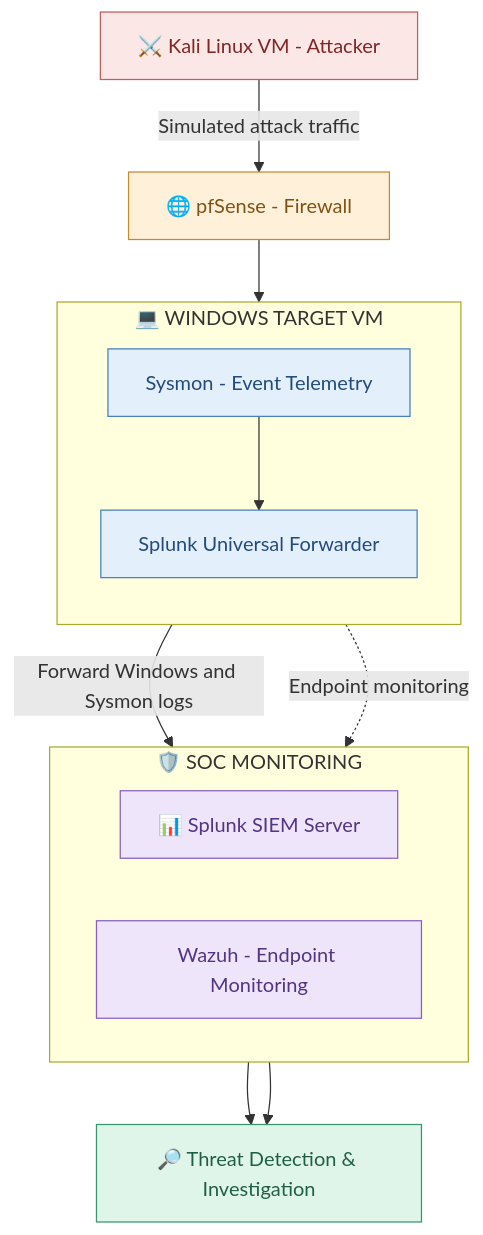
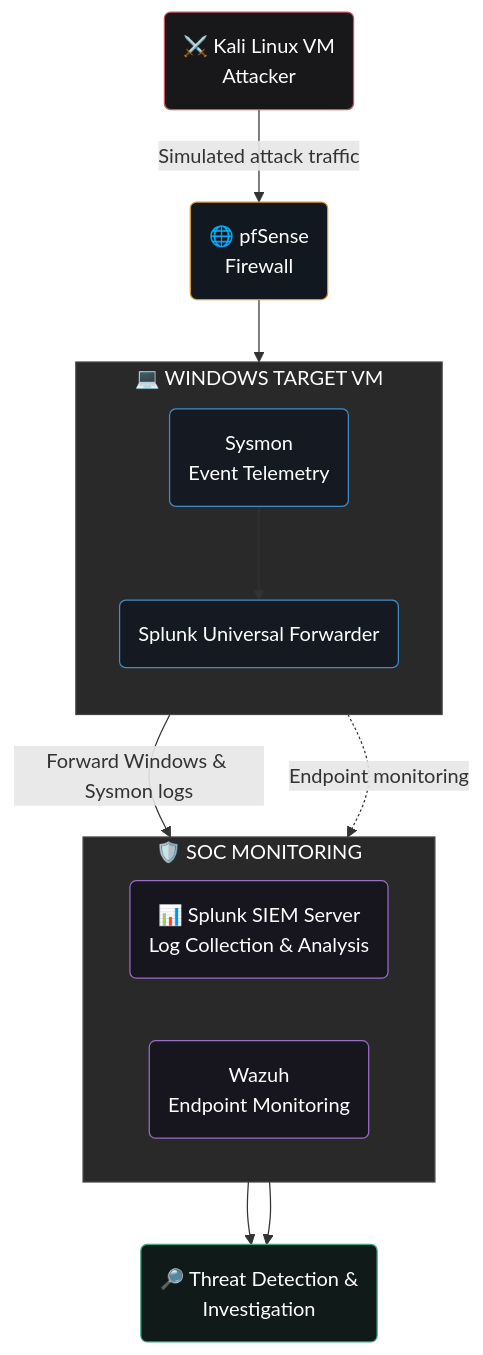
Before and after one commit to KAKishore/KAKishore: the diagram in README.md, drawn with Mermaid.

Commit message:
Add SOC Home Lab Architecture Diagram

````diff
--- a/README.md
+++ b/README.md
@@ -128,39 +128,42 @@
 ```mermaid
 flowchart TD
-    K["⚔️ Kali Linux VM - Attacker"]
-    P["🌐 pfSense - Firewall"]
+    K("⚔️ Kali Linux VM<br/>Attacker")
+    P("🌐 pfSense<br/>Firewall")
 
     subgraph WIN["💻 WINDOWS TARGET VM"]
         direction TB
-        S["Sysmon - Event Telemetry"]
-        U["Splunk Universal Forwarder"]
+        S("Sysmon<br/>Event Telemetry")
+        U("Splunk Universal Forwarder")
         S --> U
     end
 
     subgraph SOC["🛡️ SOC MONITORING"]
         direction LR
-        SI["📊 Splunk SIEM Server"]
-        Z["Wazuh - Endpoint Monitoring"]
+        SI("📊 Splunk SIEM Server<br/>Log Collection & Analysis")
+        Z("Wazuh<br/>Endpoint Monitoring")
     end
 
-    I["🔎 Threat Detection & Investigation"]
+    I("🔎 Threat Detection &<br/>Investigation")
 
     K -->|"Simulated attack traffic"| P
     P --> S
-    U -->|"Forward Windows and Sysmon logs"| SI
+    U -->|"Forward Windows & Sysmon logs"| SI
     S -.->|"Endpoint monitoring"| Z
     SI --> I
     Z --> I
 
-    classDef attacker fill:#FCE7E7,stroke:#C75B5B,color:#812626
-    classDef network fill:#FFF1D9,stroke:#C58A2E,color:#805214
-    classDef endpoint fill:#E4EFFC,stroke:#477FC0,color:#244B7B
-    classDef monitoring fill:#EEE5FA,stroke:#8961BC,color:#553482
-    classDef investigation fill:#DFF5E9,stroke:#39956E,color:#205F46
+    classDef attacker fill:#18181B,stroke:#C65B65,color:#FFFFFF,stroke-width:1px
+    classDef firewall fill:#111820,stroke:#D59A32,color:#FFFFFF,stroke-width:1px
+    classDef endpoint fill:#151A22,stroke:#438BC6,color:#FFFFFF,stroke-width:1px
+    classDef monitoring fill:#17151E,stroke:#9B6BC7,color:#FFFFFF,stroke-width:1px
+    classDef investigation fill:#101B19,stroke:#3CA783,color:#FFFFFF,stroke-width:1px
 
     class K attacker
-    class P network
+    class P firewall
     class S,U endpoint
     class SI,Z monitoring
     class I investigation
+
+    style WIN fill:#292929,stroke:#444444,color:#FFFFFF
+    style SOC fill:#292929,stroke:#444444,color:#FFFFFF
 ```
````
